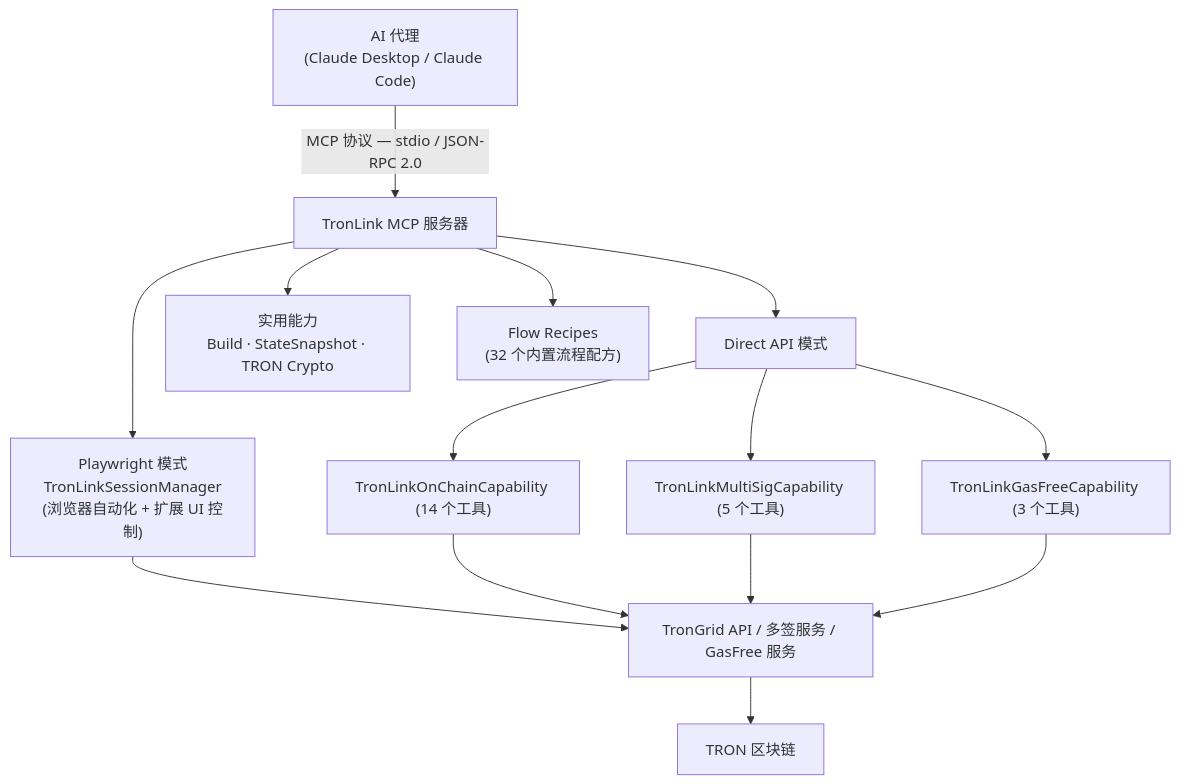
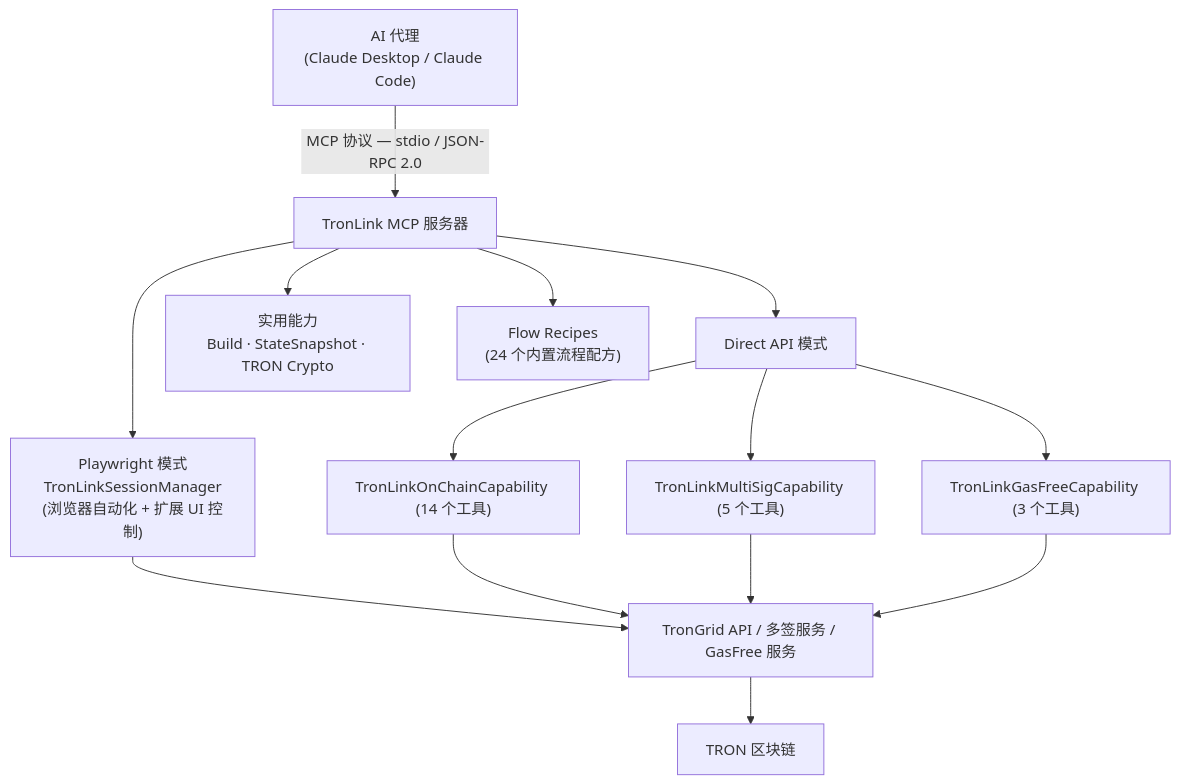
Before and after one commit to TronLink/docs: the diagram in docs/ai-support/mcp-server-tronlink.zh.md, drawn with Mermaid. The commit also changed other lines of this file and 6 other files, not shown here.

First line of the commit message:
docs: P0-2 correct Flow Recipes count to 24 (keep all flows)

````diff
--- a/docs/ai-support/mcp-server-tronlink.zh.md
+++ b/docs/ai-support/mcp-server-tronlink.zh.md
@@ -20,27 +20,27 @@
 ```mermaid
 flowchart TD
   Agent["AI 代理<br/>(Claude Desktop / Claude Code)"]
   Server["TronLink MCP 服务器"]
   PW["Playwright 模式<br/>TronLinkSessionManager<br/>(浏览器自动化 + 扩展 UI 控制)"]
   API["Direct API 模式"]
   OnChain["TronLinkOnChainCapability (14 个工具)"]
   Multi["TronLinkMultiSigCapability (5 个工具)"]
   GasFree["TronLinkGasFreeCapability (3 个工具)"]
   Util["实用能力<br/>Build · StateSnapshot · TRON Crypto"]
-  Flow["Flow Recipes<br/>(32 个内置流程配方)"]
+  Flow["Flow Recipes<br/>(24 个内置流程配方)"]
   Ext["TronGrid API / 多签服务 / GasFree 服务"]
   Chain["TRON 区块链"]
   Agent -- "MCP 协议 — stdio / JSON-RPC 2.0" --> Server
   Server --> PW
   Server --> API
   Server --> Util
   Server --> Flow
   API --> OnChain
   API --> Multi
   API --> GasFree
   PW --> Ext
   OnChain --> Ext
   Multi --> Ext
   GasFree --> Ext
   Ext --> Chain
 ```
````
